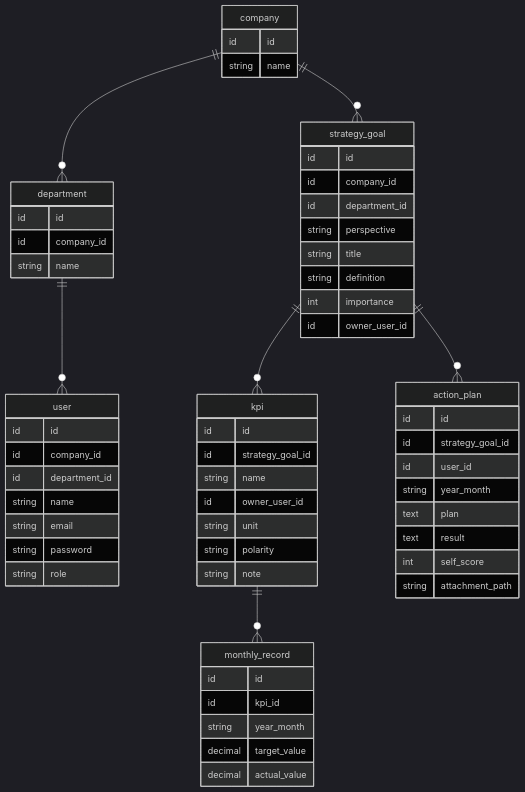
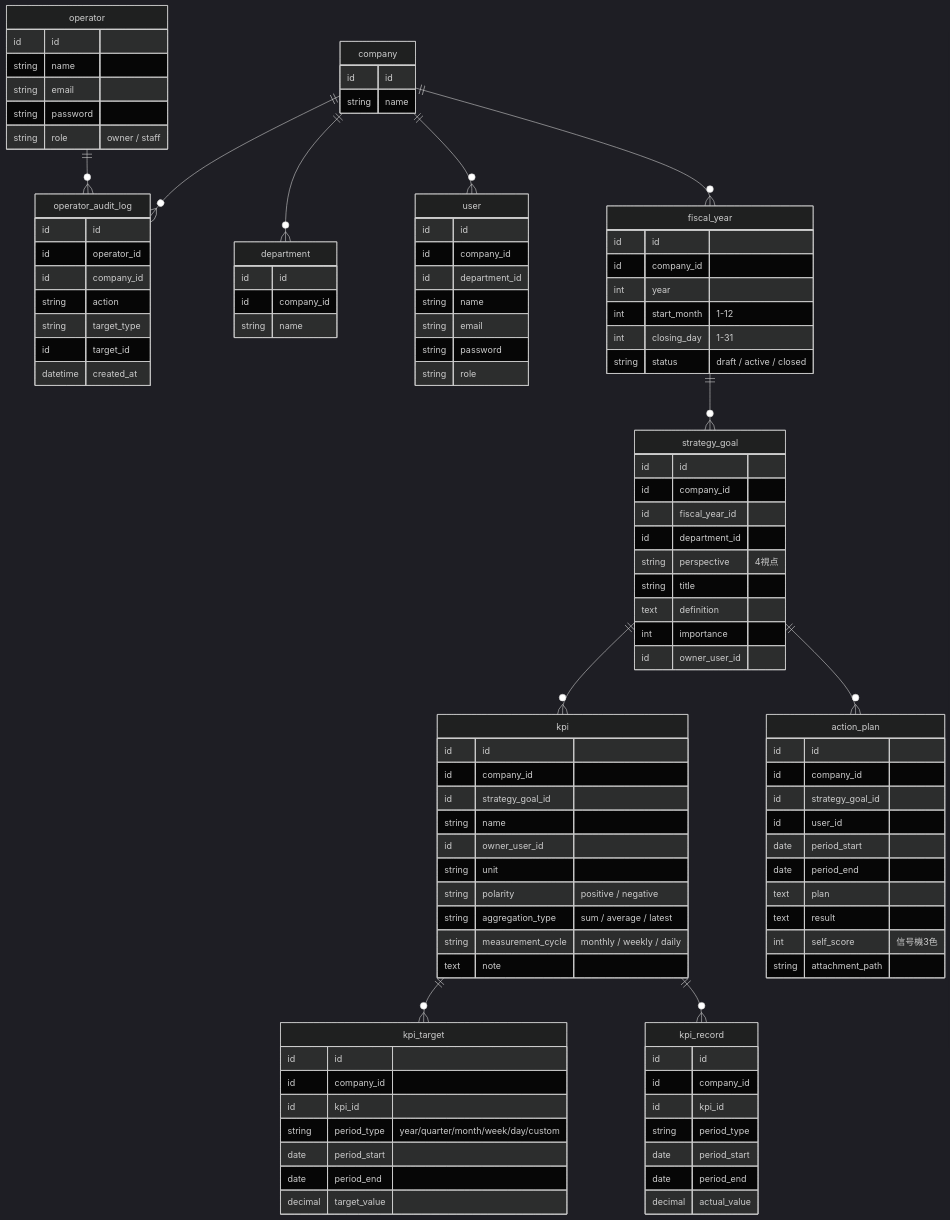
Before and after one commit to yuto-ogata25/Nami: the diagram in docs/database/er-diagram.md, drawn with Mermaid (dark theme). The commit also changed other lines of this file, not shown here.

Commit message:
docs: 商用化を見据えたスキーマ全面改訂（7→11テーブル）

````diff
--- a/docs/database/er-diagram.md
+++ b/docs/database/er-diagram.md
@@ -7,12 +7,32 @@
 ```mermaid
 erDiagram
+    operator ||--o{ operator_audit_log : ""
+    company ||--o{ operator_audit_log : ""
     company ||--o{ department : ""
-    department ||--o{ user : ""
-    company ||--o{ strategy_goal : ""
+    company ||--o{ user : ""
+    company ||--o{ fiscal_year : ""
+    fiscal_year ||--o{ strategy_goal : ""
     strategy_goal ||--o{ kpi : ""
-    kpi ||--o{ monthly_record : ""
+    kpi ||--o{ kpi_target : ""
+    kpi ||--o{ kpi_record : ""
     strategy_goal ||--o{ action_plan : ""
 
+    operator {
+        id id
+        string name
+        string email
+        string password
+        string role "owner / staff"
+    }
+    operator_audit_log {
+        id id
+        id operator_id
+        id company_id
+        string action
+        string target_type
+        id target_id
+        datetime created_at
+    }
     company {
         id id
         string name
@@ -31,40 +51,65 @@
         string password
         string role
     }
+    fiscal_year {
+        id id
+        id company_id
+        int year
+        int start_month "1-12"
+        int closing_day "1-31"
+        string status "draft / active / closed"
+    }
     strategy_goal {
         id id
         id company_id
+        id fiscal_year_id
         id department_id
-        string perspective
+        string perspective "4視点"
         string title
-        string definition
+        text definition
         int importance
         id owner_user_id
     }
     kpi {
         id id
+        id company_id
         id strategy_goal_id
         string name
         id owner_user_id
         string unit
-        string polarity
-        string note
+        string polarity "positive / negative"
+        string aggregation_type "sum / average / latest"
+        string measurement_cycle "monthly / weekly / daily"
+        text note
     }
-    monthly_record {
+    kpi_target {
         id id
+        id company_id
         id kpi_id
-        string year_month
+        string period_type "year/quarter/month/week/day/custom"
+        date period_start
+        date period_end
         decimal target_value
+    }
+    kpi_record {
+        id id
+        id company_id
+        id kpi_id
+        string period_type
+        date period_start
+        date period_end
         decimal actual_value
     }
     action_plan {
         id id
+        id company_id
         id strategy_goal_id
         id user_id
-        string year_month
+        date period_start
+        date period_end
         text plan
         text result
-        int self_score
+        int self_score "信号機3色"
         string attachment_path
     }
 ```
````
